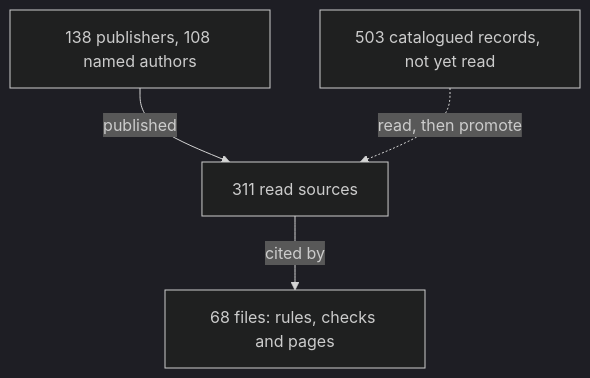
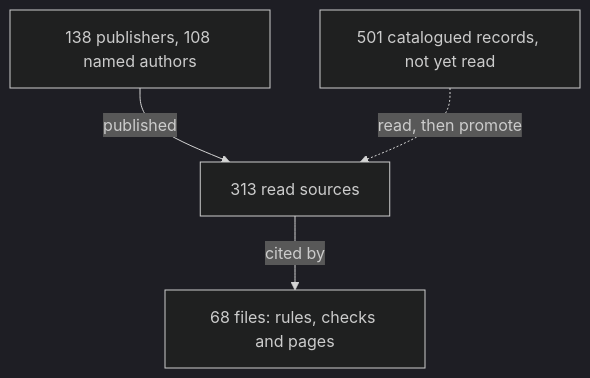
The diagram in docs/practice/experts.md (Valpatel/cad-agent), drawn with Mermaid (dark theme) before and after one commit. The commit also changed other lines of this file, not shown here.

````diff
--- a/docs/practice/experts.md
+++ b/docs/practice/experts.md
@@ -6,7 +6,7 @@
 ```mermaid
 flowchart TD
-  P["138 publishers, 108 named authors"] -->|published| S["311 read sources"]
+  P["138 publishers, 108 named authors"] -->|published| S["313 read sources"]
   S -->|cited by| U["68 files: rules, checks and pages"]
-  C["503 catalogued records, not yet read"] -.->|read, then promote| S
+  C["501 catalogued records, not yet read"] -.->|read, then promote| S
   class S here
 ```
````
